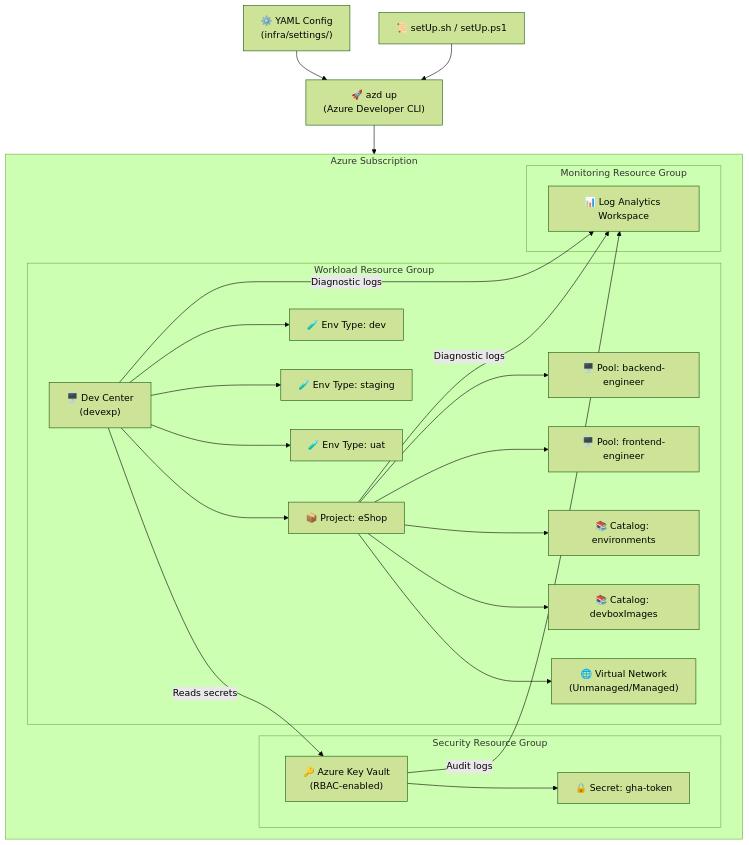
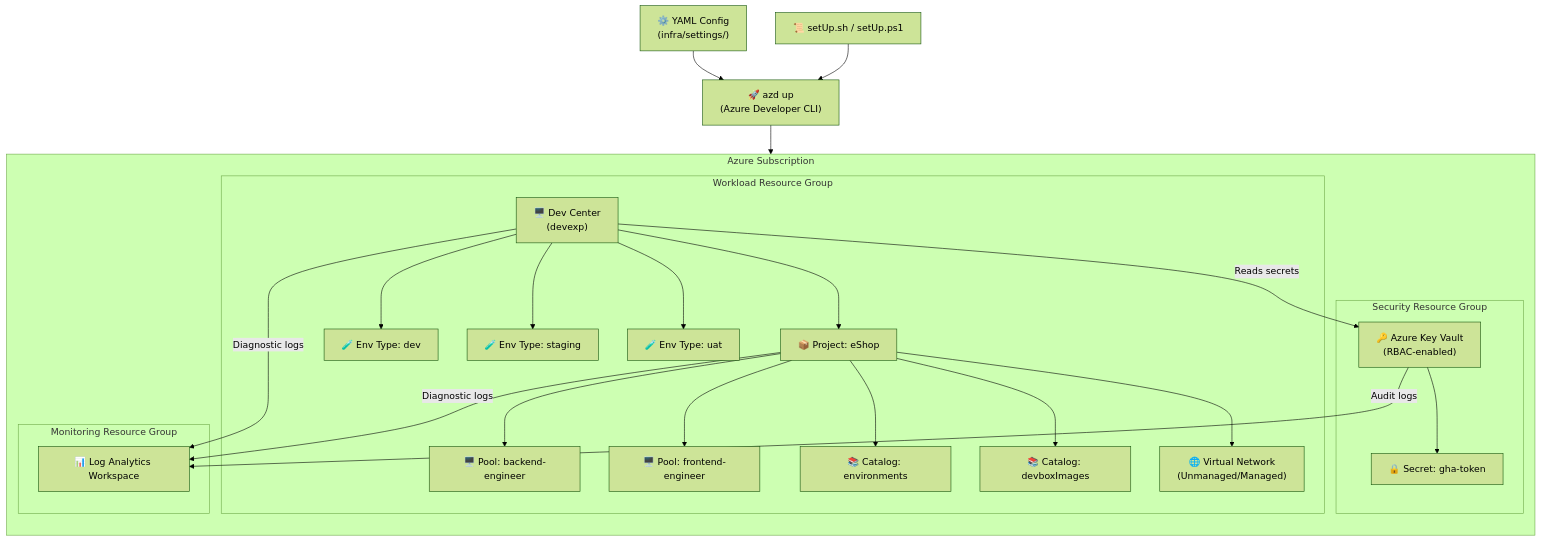
The diagram in README.md (Evilazaro/DevExp-DevBox), drawn with Mermaid (forest theme) before and after one commit.

Commit message:
Enhance architecture diagram by adding direction for improved clarity

````diff
--- a/README.md
+++ b/README.md
@@ -74,35 +74,36 @@
 ```mermaid
 graph TD
     subgraph Subscription["Azure Subscription"]
+        direction TD
         subgraph WorkloadRG["Workload Resource Group"]
             DC["🖥️ Dev Center\n(devexp)"]
             DC --> P1["📦 Project: eShop"]
             P1 --> Pool1["🖥️ Pool: backend-engineer"]
             P1 --> Pool2["🖥️ Pool: frontend-engineer"]
             P1 --> Cat1["📚 Catalog: environments"]
             P1 --> Cat2["📚 Catalog: devboxImages"]
             P1 --> VNet["🌐 Virtual Network\n(Unmanaged/Managed)"]
             DC --> ET1["🧪 Env Type: dev"]
             DC --> ET2["🧪 Env Type: staging"]
             DC --> ET3["🧪 Env Type: uat"]
         end
 
         subgraph SecurityRG["Security Resource Group"]
             KV["🔑 Azure Key Vault\n(RBAC-enabled)"]
             KV --> Secret["🔒 Secret: gha-token"]
         end
 
         subgraph MonitoringRG["Monitoring Resource Group"]
             LA["📊 Log Analytics Workspace"]
         end
 
         DC -->|"Diagnostic logs"| LA
         KV -->|"Audit logs"| LA
         P1 -->|"Diagnostic logs"| LA
         DC -->|"Reads secrets"| KV
     end
 
     azd["🚀 azd up\n(Azure Developer CLI)"] --> Subscription
     YAML["⚙️ YAML Config\n(infra/settings/)"] --> azd
     Script["📜 setUp.sh / setUp.ps1"] --> azd
 ```
````
